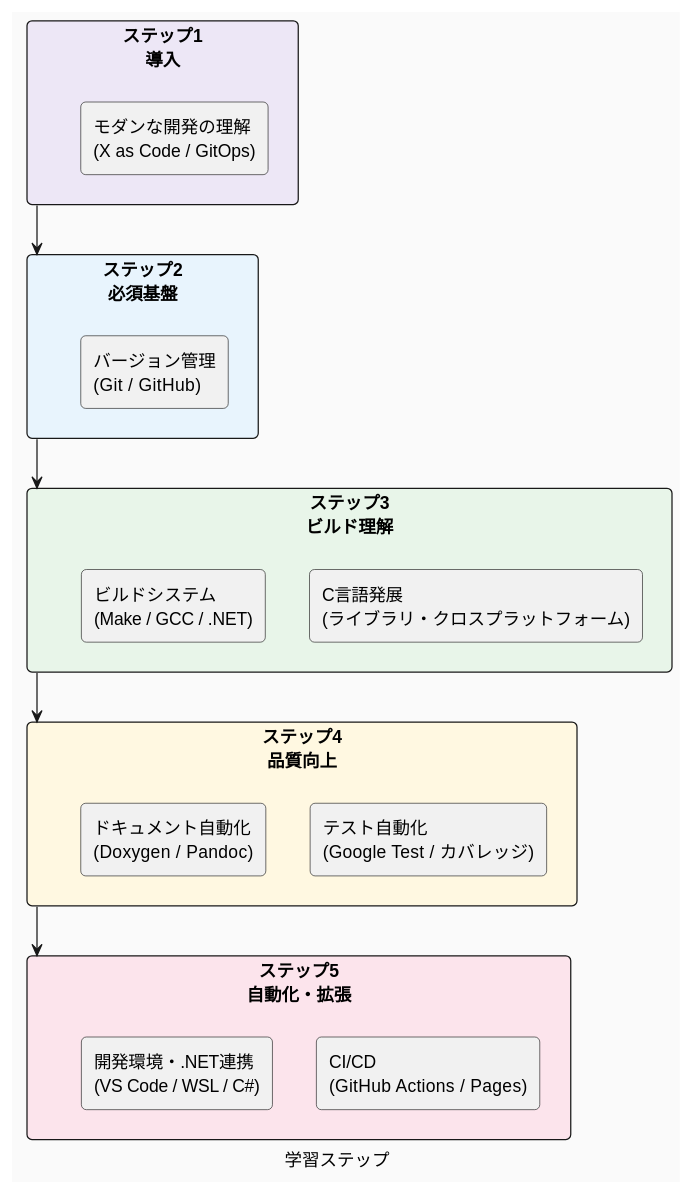
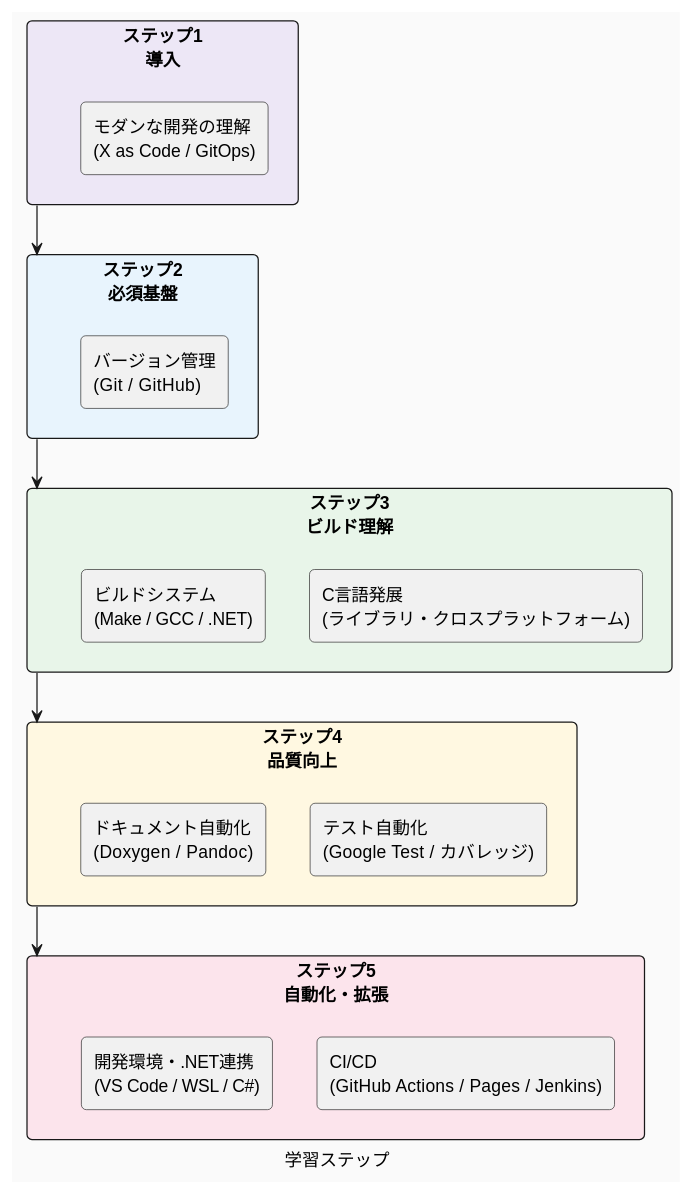
One commit to Hondarer/c-modernization-kit changed the diagram in docs-src/skill-guide/README.md. Above: the diagram before and after it, drawn with PlantUML.

Commit message:
図の修正

````diff
--- a/docs-src/skill-guide/README.md
+++ b/docs-src/skill-guide/README.md
@@ -19,35 +19,35 @@
 ```plantuml
 @startuml 学習ステップ
     caption 学習ステップ
     skinparam backgroundColor #FAFAFA
     skinparam roundcorner 8
 
     rectangle "ステップ1\n導入" as P1 #EDE7F6 {
         rectangle "モダンな開発の理解\n(X as Code / GitOps)" as P1A
     }
 
     rectangle "ステップ2\n必須基盤" as P2 #E8F4FD {
         rectangle "バージョン管理\n(Git / GitHub)" as P2A
     }
 
     rectangle "ステップ3\nビルド理解" as P3 #E8F5E9 {
         rectangle "C言語発展\n(ライブラリ・クロスプラットフォーム)" as P3A
         rectangle "ビルドシステム\n(Make / GCC / .NET)" as P3B
     }
 
     rectangle "ステップ4\n品質向上" as P4 #FFF8E1 {
         rectangle "テスト自動化\n(Google Test / カバレッジ)" as P4A
         rectangle "ドキュメント自動化\n(Doxygen / Pandoc)" as P4B
     }
 
     rectangle "ステップ5\n自動化・拡張" as P5 #FCE4EC {
-        rectangle "CI/CD\n(GitHub Actions / Pages)" as P5A
+        rectangle "CI/CD\n(GitHub Actions / Pages / Jenkins)" as P5A
         rectangle "開発環境・.NET連携\n(VS Code / WSL / C#)" as P5B
     }
 
     P1 -down-> P2
     P2 -down-> P3
     P3 -down-> P4
     P4 -down-> P5
 @enduml
 ```
````
